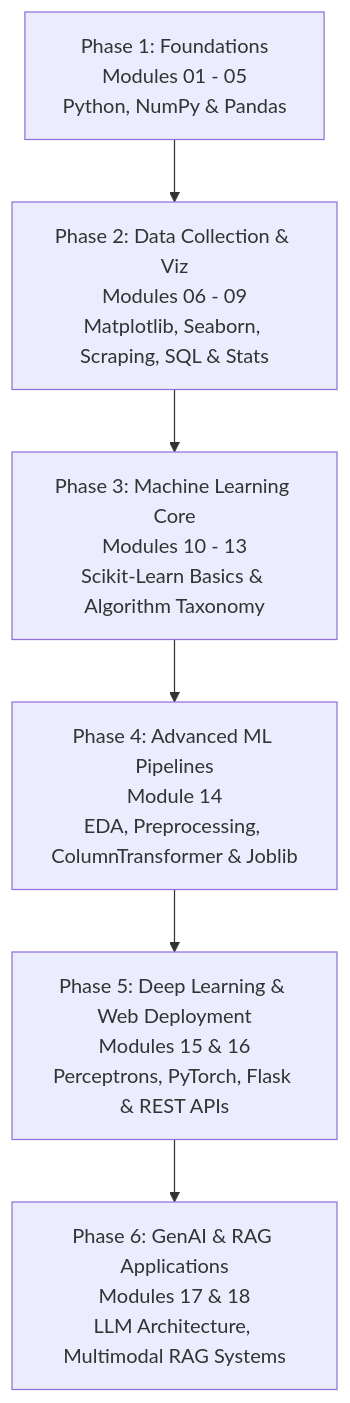
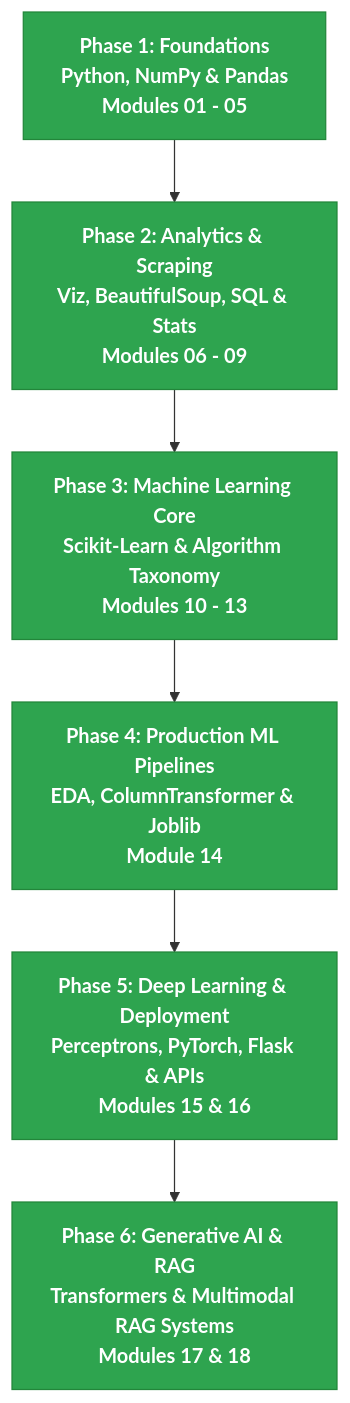
One commit to ggauravky/Data-Science-Learning changed the diagram in README.md. Above: the diagram before and after it, drawn with Mermaid. The commit also changed other lines of this file, not shown here.

````diff
--- a/README.md
+++ b/README.md
@@ -239,8 +241,10 @@
 ```mermaid
 graph TD
-    A[Phase 1: Foundations<br/>Modules 01 - 05<br/>Python, NumPy & Pandas] --> B[Phase 2: Data Collection & Viz<br/>Modules 06 - 09<br/>Matplotlib, Seaborn, Scraping, SQL & Stats]
-    B --> C[Phase 3: Machine Learning Core<br/>Modules 10 - 13<br/>Scikit-Learn Basics & Algorithm Taxonomy]
-    C --> D[Phase 4: Advanced ML Pipelines<br/>Module 14<br/>EDA, Preprocessing, ColumnTransformer & Joblib]
-    D --> E[Phase 5: Deep Learning & Web Deployment<br/>Modules 15 & 16<br/>Perceptrons, PyTorch, Flask & REST APIs]
-    E --> F[Phase 6: GenAI & RAG Applications<br/>Modules 17 & 18<br/>LLM Architecture, Multimodal RAG Systems]
+    classDef completed fill:#2ea44f,stroke:#22863a,color:#ffffff,font-weight:bold;
+    
+    A[Phase 1: Foundations<br/>Python, NumPy & Pandas<br/>Modules 01 - 05]:::completed --> B[Phase 2: Analytics & Scraping<br/>Viz, BeautifulSoup, SQL & Stats<br/>Modules 06 - 09]:::completed
+    B --> C[Phase 3: Machine Learning Core<br/>Scikit-Learn & Algorithm Taxonomy<br/>Modules 10 - 13]:::completed
+    C --> D[Phase 4: Production ML Pipelines<br/>EDA, ColumnTransformer & Joblib<br/>Module 14]:::completed
+    D --> E[Phase 5: Deep Learning & Deployment<br/>Perceptrons, PyTorch, Flask & APIs<br/>Modules 15 & 16]:::completed
+    E --> F[Phase 6: Generative AI & RAG<br/>Transformers & Multimodal RAG Systems<br/>Modules 17 & 18]:::completed
 ```
````
